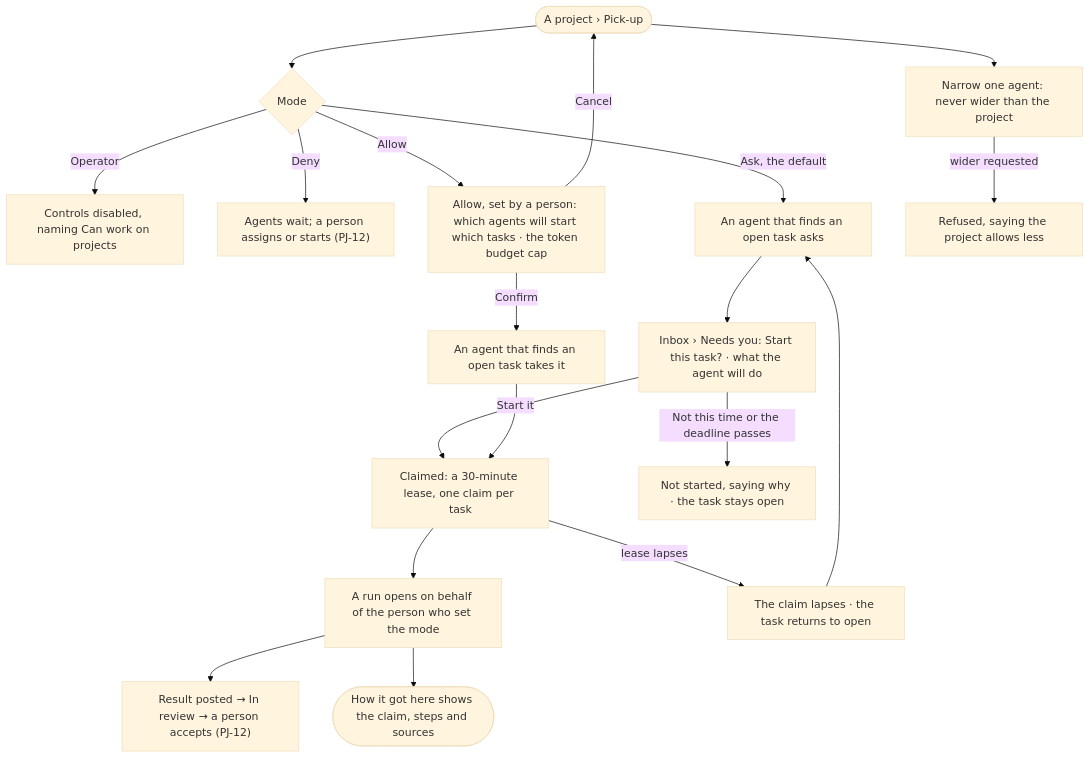
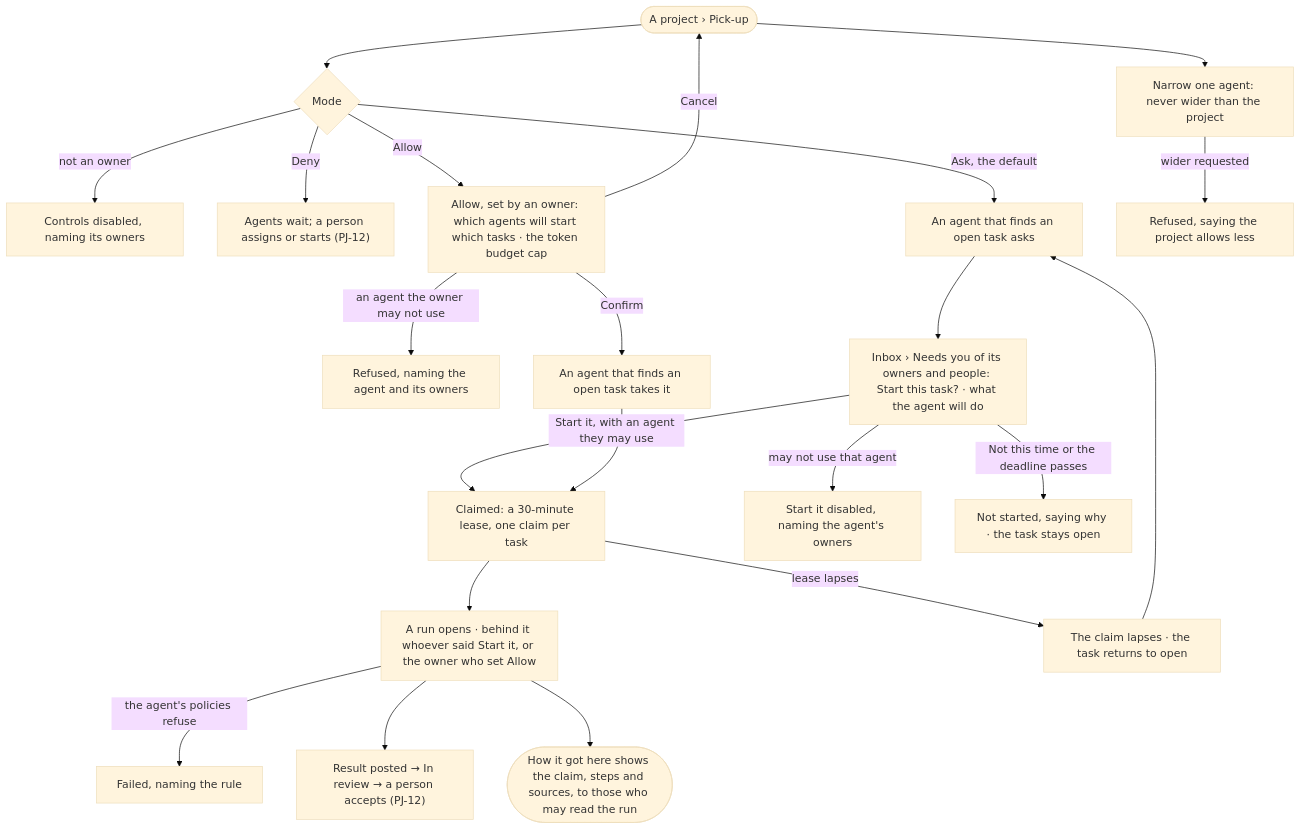
The first of 2 diagrams in specs/capabilities/projects/features/PJ-F01-projects-and-tasks/stories/PJ-15-let-agents-pick-up-tasks-by-hand-by-asking-or-on-their-own/story.md (invana/invana), drawn with Mermaid (base theme) before and after one commit. The commit also changed other lines of this file and 522 other files, not shown here.

````diff
--- a/specs/capabilities/projects/features/PJ-F01-projects-and-tasks/stories/PJ-15-let-agents-pick-up-tasks-by-hand-by-asking-or-on-their-own/story.md
+++ b/specs/capabilities/projects/features/PJ-F01-projects-and-tasks/stories/PJ-15-let-agents-pick-up-tasks-by-hand-by-asking-or-on-their-own/story.md
@@ -27,21 +30,24 @@
 ```mermaid
 flowchart TD
   s([A project › Pick-up]) --> m{"Mode"}
-  m -->|Operator| na["Controls disabled, naming Can work on projects"]
+  m -->|not an owner| na["Controls disabled, naming its owners"]
   m -->|Deny| man["Agents wait; a person assigns or starts (PJ-12)"]
   m -->|Ask, the default| ask["An agent that finds an open task asks"]
-  m -->|Allow| conf["Allow, set by a person: which agents will start which tasks · the token budget cap"]
+  m -->|Allow| conf["Allow, set by an owner: which agents will start which tasks · the token budget cap"]
+  conf -->|an agent the owner may not use| nu["Refused, naming the agent and its owners"]
   conf -->|Confirm| auto["An agent that finds an open task takes it"]
   conf -->|Cancel| s
   s --> nar["Narrow one agent: never wider than the project"]
   nar -->|wider requested| ref["Refused, saying the project allows less"]
-  ask --> inbox["Inbox › Needs you: Start this task? · what the agent will do"]
-  inbox -->|Start it| claim
+  ask --> inbox["Inbox › Needs you of its owners and people: Start this task? · what the agent will do"]
+  inbox -->|Start it, with an agent they may use| claim
+  inbox -->|may not use that agent| nstart["Start it disabled, naming the agent's owners"]
   inbox -->|Not this time or the deadline passes| held["Not started, saying why · the task stays open"]
   auto --> claim["Claimed: a 30-minute lease, one claim per task"]
-  claim --> run["A run opens on behalf of the person who set the mode"]
+  claim --> run["A run opens · behind it whoever said Start it, or the owner who set Allow"]
+  run -->|the agent's policies refuse| pf["Failed, naming the rule"]
   run --> res["Result posted → In review → a person accepts (PJ-12)"]
   claim -->|lease lapses| back["The claim lapses · the task returns to open"]
   back --> ask
-  run --> trace(["How it got here shows the claim, steps and sources"])
+  run --> trace(["How it got here shows the claim, steps and sources, to those who may read the run"])
 ```
````
